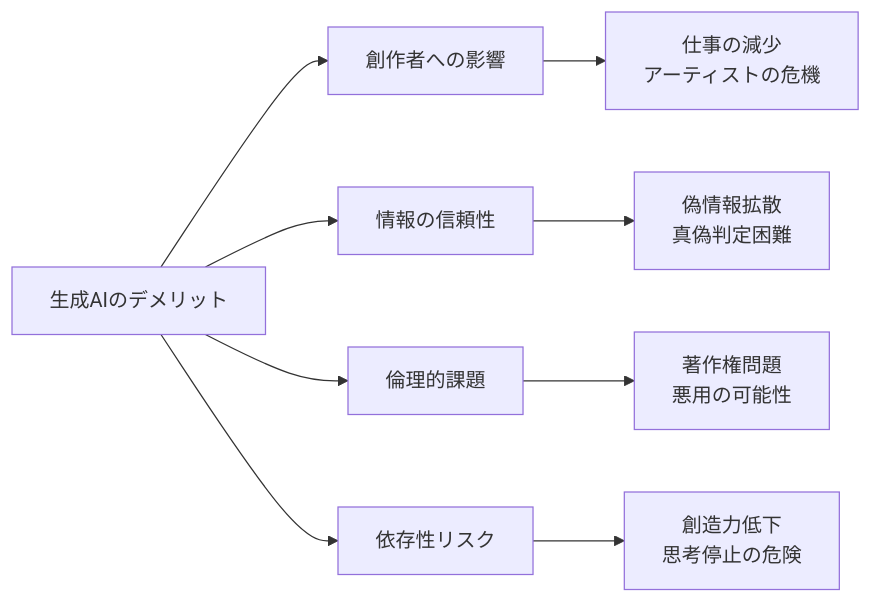
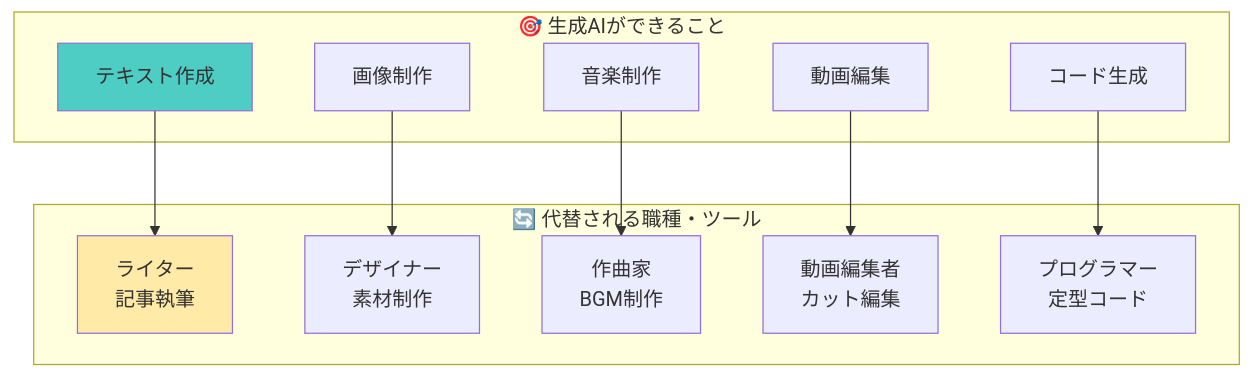
The tenth of 11 diagrams in GenerativeAI/README.MD (SparklingDetergent/doc_genai_mental_model), drawn with Mermaid before and after one commit. The commit also changed other lines of this file, not shown here.

````diff
--- a/GenerativeAI/README.MD
+++ b/GenerativeAI/README.MD
@@ -284,15 +342,27 @@
 ```mermaid
-flowchart LR
-    A[生成AIのデメリット] --> B[創作者への影響]
-    A --> C[情報の信頼性]
-    A --> D[倫理的課題]
-    A --> E[依存性リスク]
+graph TD
+    subgraph "🎯 生成AIができること"
+        A[テキスト作成]
+        B[画像制作] 
+        C[音楽制作]
+        D[動画編集]
+        E[コード生成]
+    end
     
-    B --> B1[仕事の減少<br/>アーティストの危機]
-    C --> C1[偽情報拡散<br/>真偽判定困難]
-    D --> D1[著作権問題<br/>悪用の可能性]
-    E --> E1[創造力低下<br/>思考停止の危険]
+    subgraph "🔄 代替される職種・ツール"
+        F[ライター<br/>記事執筆]
+        G[デザイナー<br/>素材制作]
+        H[作曲家<br/>BGM制作]
+        I[動画編集者<br/>カット編集]
+        J[プログラマー<br/>定型コード]
+    end
     
-    click B1 "/docs/job-impact.md" "雇用への影響"
-    click C1 "/docs/misinformation.md" "偽情報問題"
+    A --> F
+    B --> G
+    C --> H
+    D --> I
+    E --> J
+    
+    style A fill:#4ecdc4
+    style F fill:#ffeaa7
 ```
````
